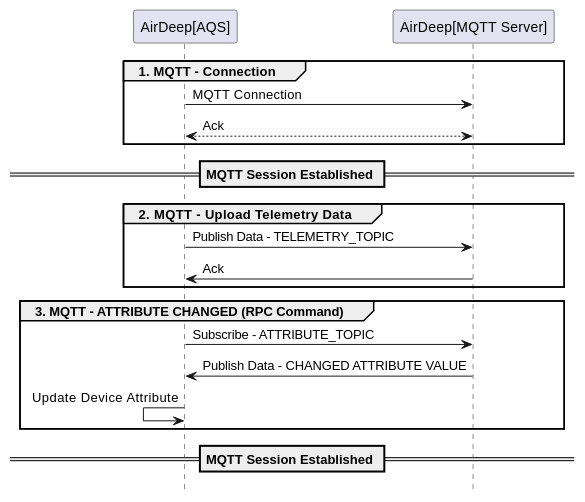
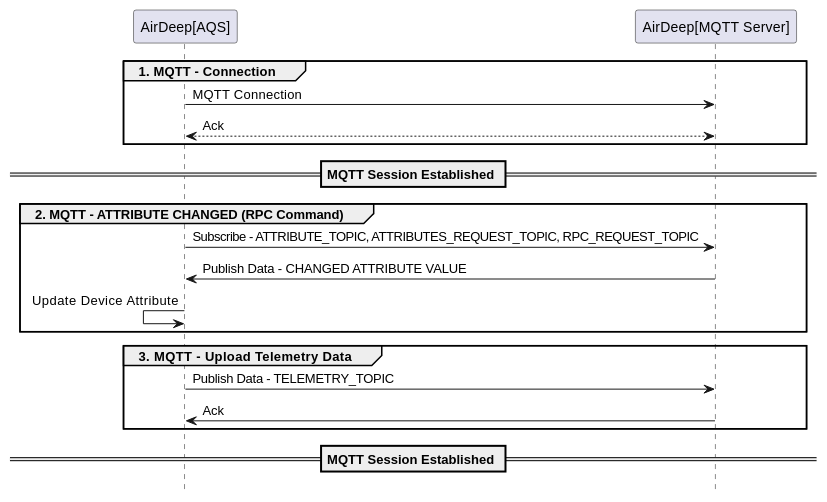
The third of 3 diagrams in README.md (RTdataLab/DE-ADeep-API-Guide), drawn with PlantUML before and after one commit. The commit also changed other lines of this file and 4 other files, not shown here.

Commit message:
type 추가 및 플로우 일부 변경

````diff
--- a/README.md
+++ b/README.md
@@ -143,23 +159,23 @@
    ```plantuml
    @startuml
      participant "AirDeep[AQS]" order 1
      participant "AirDeep[MQTT Server]" order 2
      hide footbox
       group 1. MQTT - Connection
       "AirDeep[AQS]" -> "AirDeep[MQTT Server]" : MQTT Connection
       "AirDeep[AQS]" <--> "AirDeep[MQTT Server]"  : Ack
      end
      == MQTT Session Established ==
-     group 2. MQTT - Upload Telemetry Data
+     group 2. MQTT - ATTRIBUTE CHANGED (RPC Command)
+       "AirDeep[AQS]" -> "AirDeep[MQTT Server]" : Subscribe - ATTRIBUTE_TOPIC, ATTRIBUTES_REQUEST_TOPIC, RPC_REQUEST_TOPIC
+       "AirDeep[AQS]" <- "AirDeep[MQTT Server]" : Publish Data - CHANGED ATTRIBUTE VALUE
+       "AirDeep[AQS]" <- "AirDeep[AQS]" : Update Device Attribute 
+     end
+
+     group 3. MQTT - Upload Telemetry Data
        "AirDeep[AQS]" -> "AirDeep[MQTT Server]" : Publish Data - TELEMETRY_TOPIC
        "AirDeep[AQS]" <- "AirDeep[MQTT Server]" : Ack
-     end
-   
-     group 3. MQTT - ATTRIBUTE CHANGED (RPC Command)
-       "AirDeep[AQS]" -> "AirDeep[MQTT Server]" : Subscribe - ATTRIBUTE_TOPIC
-       "AirDeep[AQS]" <- "AirDeep[MQTT Server]" : Publish Data - CHANGED ATTRIBUTE VALUE
-       "AirDeep[AQS]" <- "AirDeep[AQS]" : Update Device Attribute 
      end
      == MQTT Session Established ==
    @enduml
    ```
````
